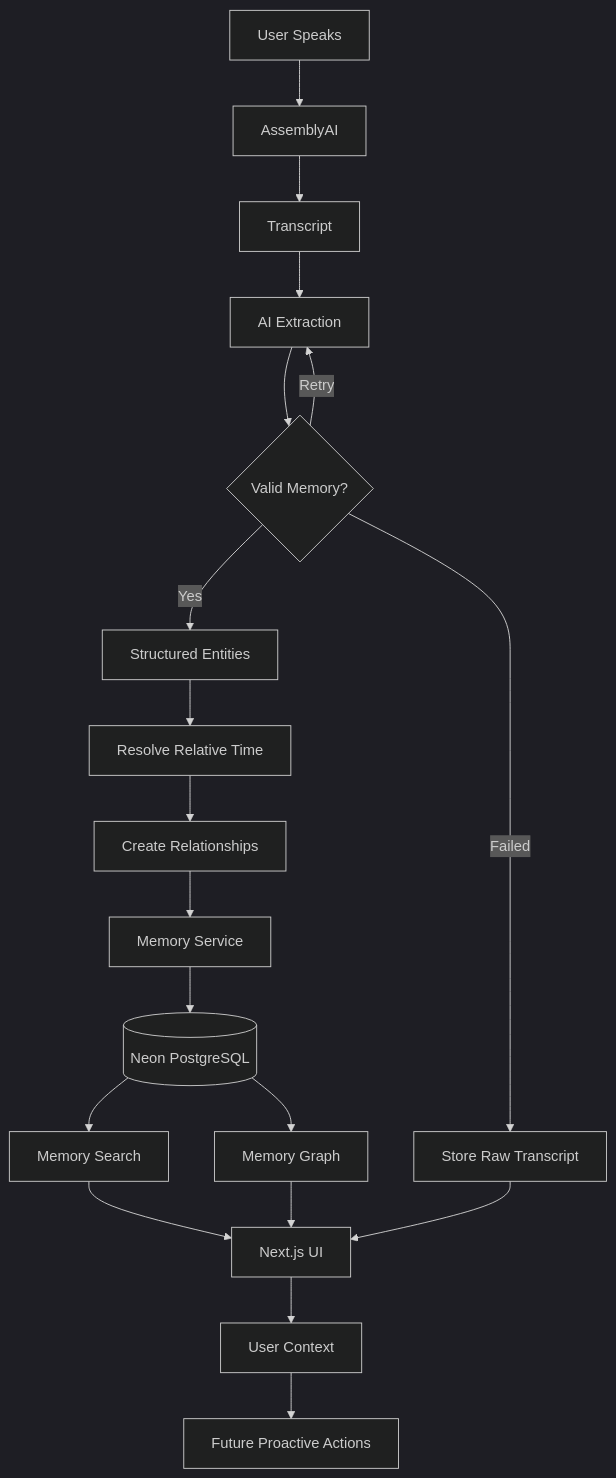
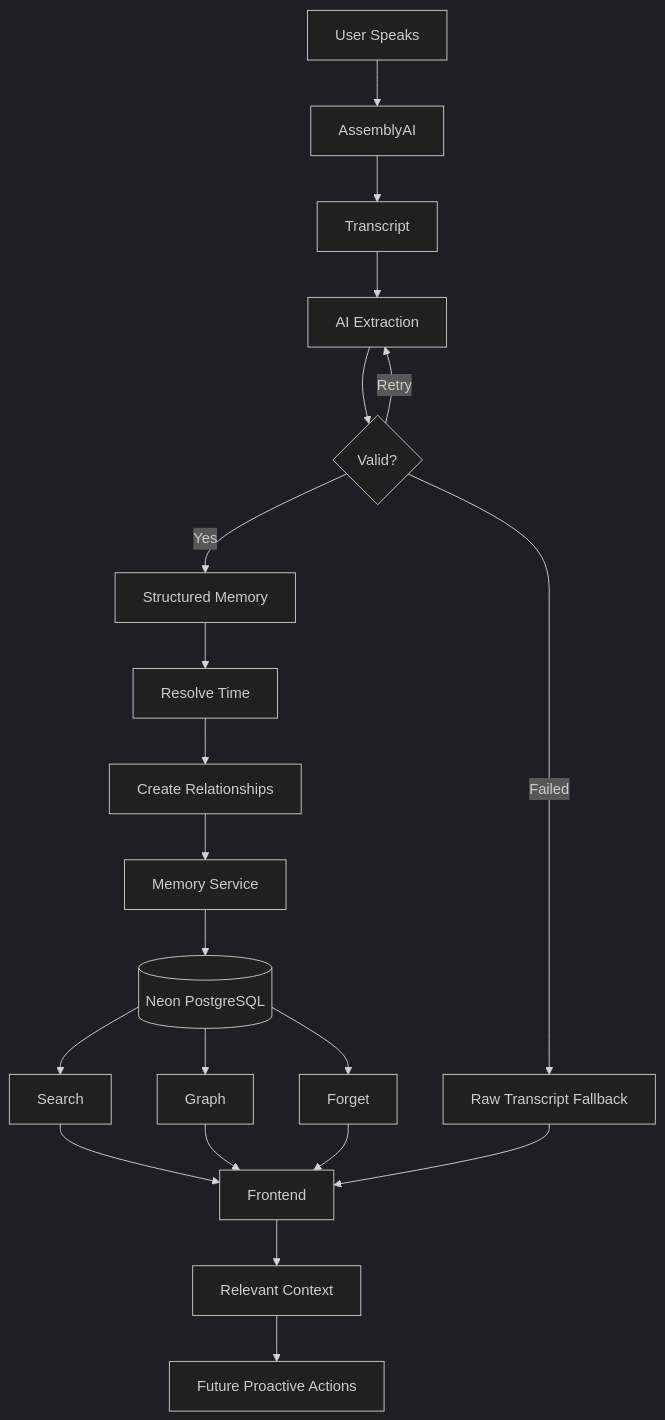
One commit to AroonZafar/EchoMind changed the eighth of 8 diagrams in README.md. Above: the diagram before and after it, drawn with Mermaid (dark theme). The commit also changed other lines of this file, not shown here.

````diff
--- a/README.md
+++ b/README.md
@@ -413,21 +429,28 @@
-```mermaid
+~~~mermaid
 flowchart TD
     A[User Speaks] --> B[AssemblyAI]
     B --> C[Transcript]
     C --> D[AI Extraction]
-    D --> E{Valid Memory?}
-    E -->|Yes| F[Structured Entities]
+
+    D --> E{Valid?}
+    E -->|Yes| F[Structured Memory]
     E -->|Retry| D
-    E -->|Failed| R[Store Raw Transcript]
-    F --> G[Resolve Relative Time]
+    E -->|Failed| R[Raw Transcript Fallback]
+
+    F --> G[Resolve Time]
     G --> H[Create Relationships]
     H --> I[Memory Service]
     I --> J[(Neon PostgreSQL)]
-    J --> K[Memory Search]
-    J --> L[Memory Graph]
-    K --> M[Next.js UI]
+
+    J --> K[Search]
+    J --> L[Graph]
+    J --> N[Forget]
+
+    K --> M[Frontend]
     L --> M
+    N --> M
     R --> M
-    M --> N[User Context]
-    N --> O[Future Proactive Actions]
-```
+
+    M --> O[Relevant Context]
+    O --> P[Future Proactive Actions]
+~~~
````
